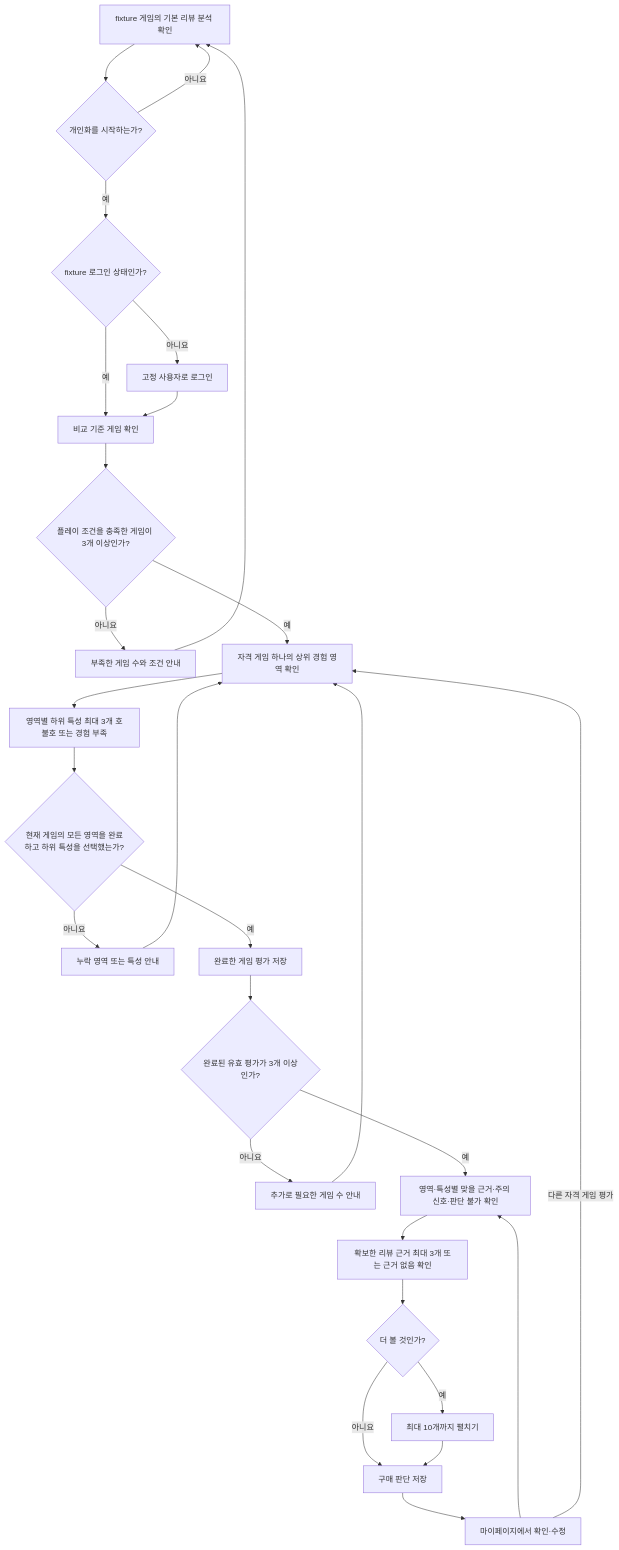
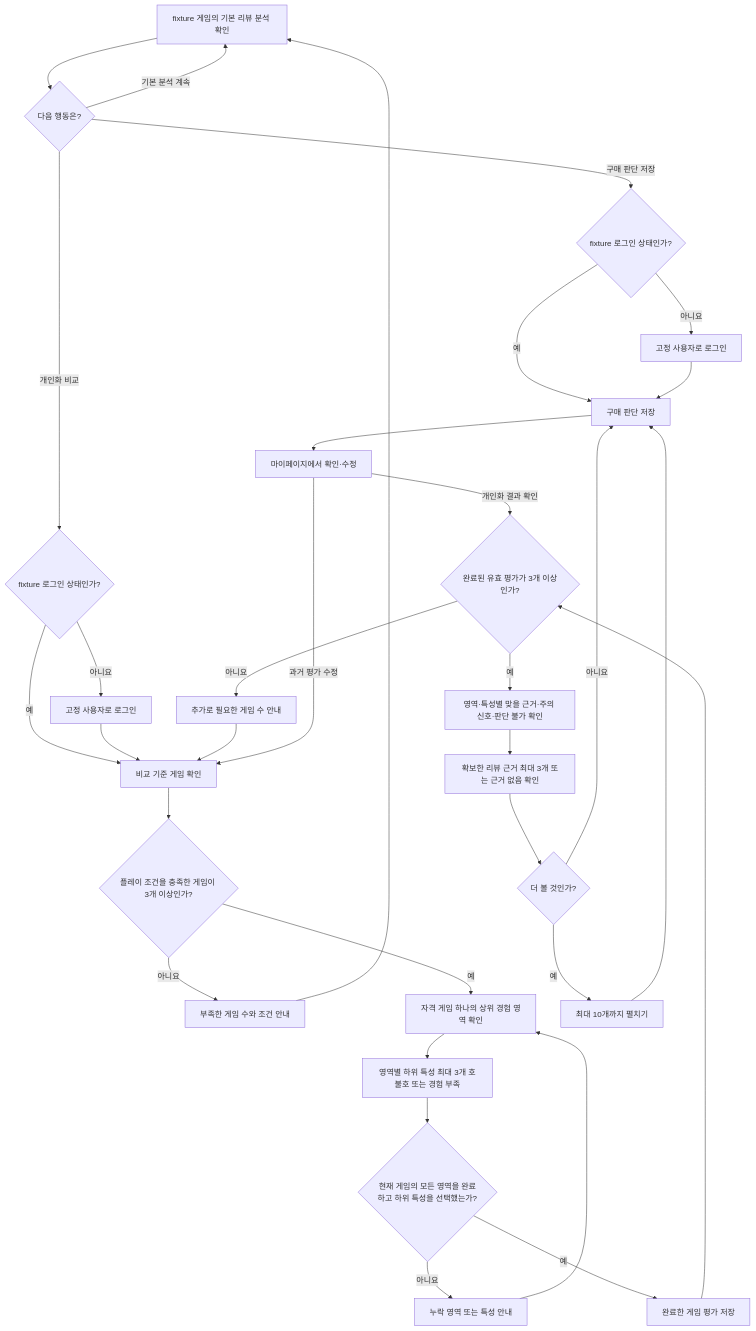
Before and after one commit to nickwildee/nextquest: the diagram in docs/product/user-flow.md, drawn with Mermaid. The commit also changed other lines of this file and 3 other files, not shown here.

````diff
--- a/docs/product/user-flow.md
+++ b/docs/product/user-flow.md
@@ -7,30 +7,34 @@
 ```mermaid
 flowchart TD
-    A["fixture 게임의 기본 리뷰 분석 확인"] --> B{"개인화를 시작하는가?"}
-    B -->|아니요| A
-    B -->|예| C{"fixture 로그인 상태인가?"}
+    A["fixture 게임의 기본 리뷰 분석 확인"] --> B{"다음 행동은?"}
+    B -->|기본 분석 계속| A
+    B -->|구매 판단 저장| U{"fixture 로그인 상태인가?"}
+    U -->|아니요| V["고정 사용자로 로그인"]
+    U -->|예| P["구매 판단 저장"]
+    V --> P
+    B -->|개인화 비교| C{"fixture 로그인 상태인가?"}
     C -->|아니요| D["고정 사용자로 로그인"]
     C -->|예| E["비교 기준 게임 확인"]
     D --> E
     E --> F{"플레이 조건을 충족한 게임이 3개 이상인가?"}
     F -->|아니요| G["부족한 게임 수와 조건 안내"]
     G --> A
     F -->|예| H["자격 게임 하나의 상위 경험 영역 확인"]
     H --> I["영역별 하위 특성 최대 3개 호불호 또는 경험 부족"]
     I --> R{"현재 게임의 모든 영역을 완료하고 하위 특성을 선택했는가?"}
     R -->|아니요| J["누락 영역 또는 특성 안내"]
     J --> H
     R -->|예| K["완료한 게임 평가 저장"]
     K --> S{"완료된 유효 평가가 3개 이상인가?"}
     S -->|아니요| T["추가로 필요한 게임 수 안내"]
-    T --> H
+    T --> E
     S -->|예| L["영역·특성별 맞을 근거·주의 신호·판단 불가 확인"]
     L --> M["확보한 리뷰 근거 최대 3개 또는 근거 없음 확인"]
     M --> N{"더 볼 것인가?"}
     N -->|예| O["최대 10개까지 펼치기"]
-    N -->|아니요| P["구매 판단 저장"]
+    N -->|아니요| P
     O --> P
     P --> Q["마이페이지에서 확인·수정"]
-    Q --> L
-    Q -->|다른 자격 게임 평가| H
+    Q -->|개인화 결과 확인| S
+    Q -->|과거 평가 수정| E
 ```
````
